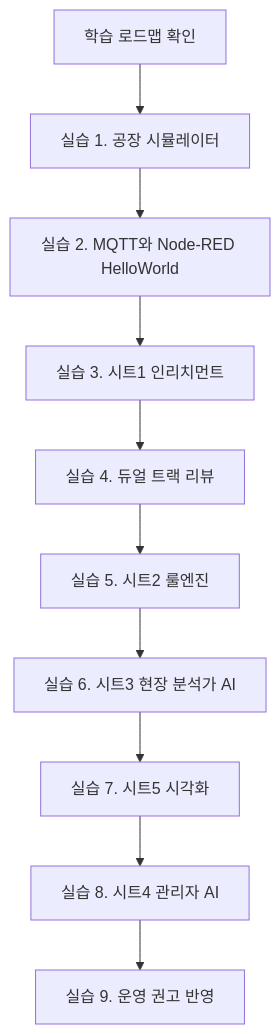
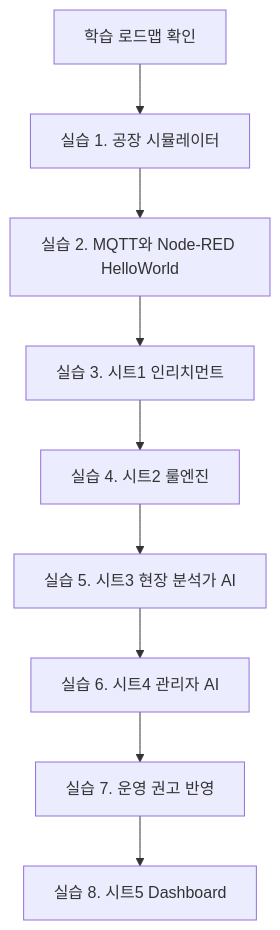
The diagram in docs/handbook/00-learning-map.md (zenit9hub/withus-aiot-digital-twin-ops), drawn with Mermaid before and after one commit. The commit also changed other lines of this file and 23 other files, not shown here.

Commit message:
docs: simplify handbook flow

````diff
--- a/docs/handbook/00-learning-map.md
+++ b/docs/handbook/00-learning-map.md
@@ -9,15 +9,14 @@
 ```mermaid
 flowchart TB
   start["학습 로드맵 확인"]
   sim["실습 1. 공장 시뮬레이터"]
   hello["실습 2. MQTT와 Node-RED HelloWorld"]
   enrich["실습 3. 시트1 인리치먼트"]
-  review["실습 4. 듀얼 트랙 리뷰"]
-  rule["실습 5. 시트2 룰엔진"]
-  analyst["실습 6. 시트3 현장 분석가 AI"]
-  visual["실습 7. 시트5 시각화"]
-  manager["실습 8. 시트4 관리자 AI"]
-  ops["실습 9. 운영 권고 반영"]
+  rule["실습 4. 시트2 룰엔진"]
+  analyst["실습 5. 시트3 현장 분석가 AI"]
+  manager["실습 6. 시트4 관리자 AI"]
+  ops["실습 7. 운영 권고 반영"]
+  dashboard["실습 8. 시트5 Dashboard"]
 
-  start --> sim --> hello --> enrich --> review --> rule --> analyst --> visual --> manager --> ops
+  start --> sim --> hello --> enrich --> rule --> analyst --> manager --> ops --> dashboard
 ```
````
